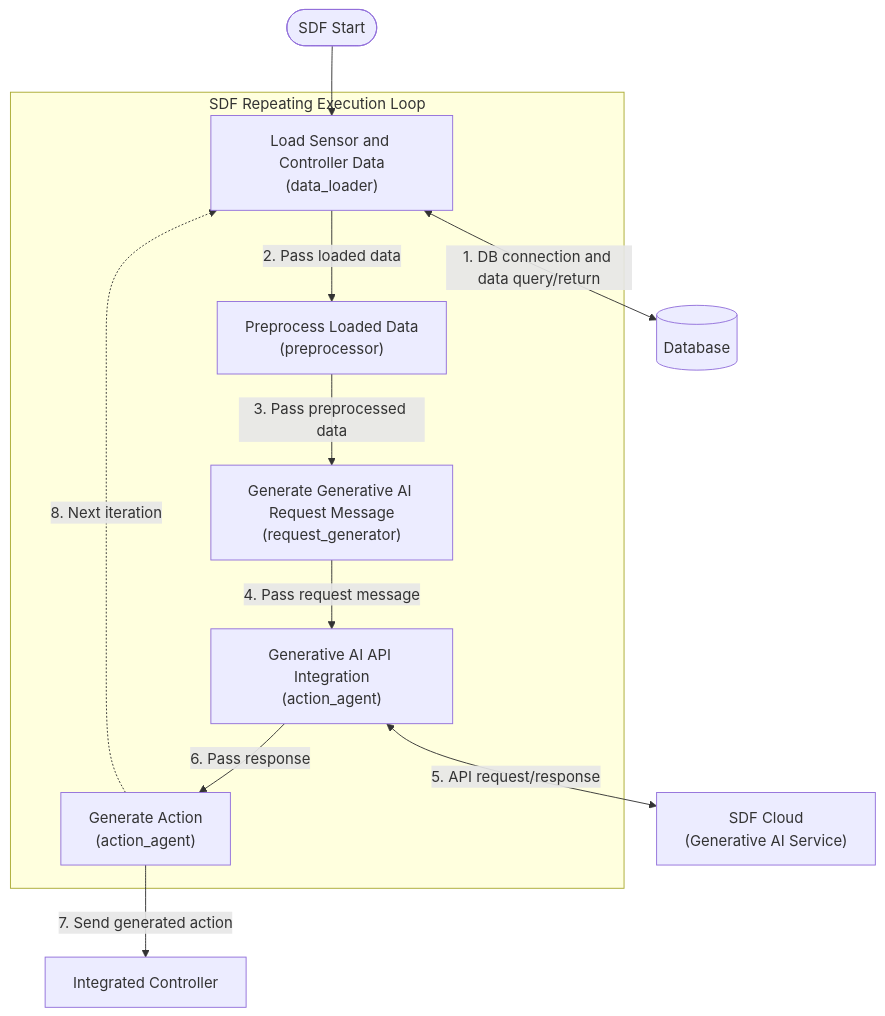
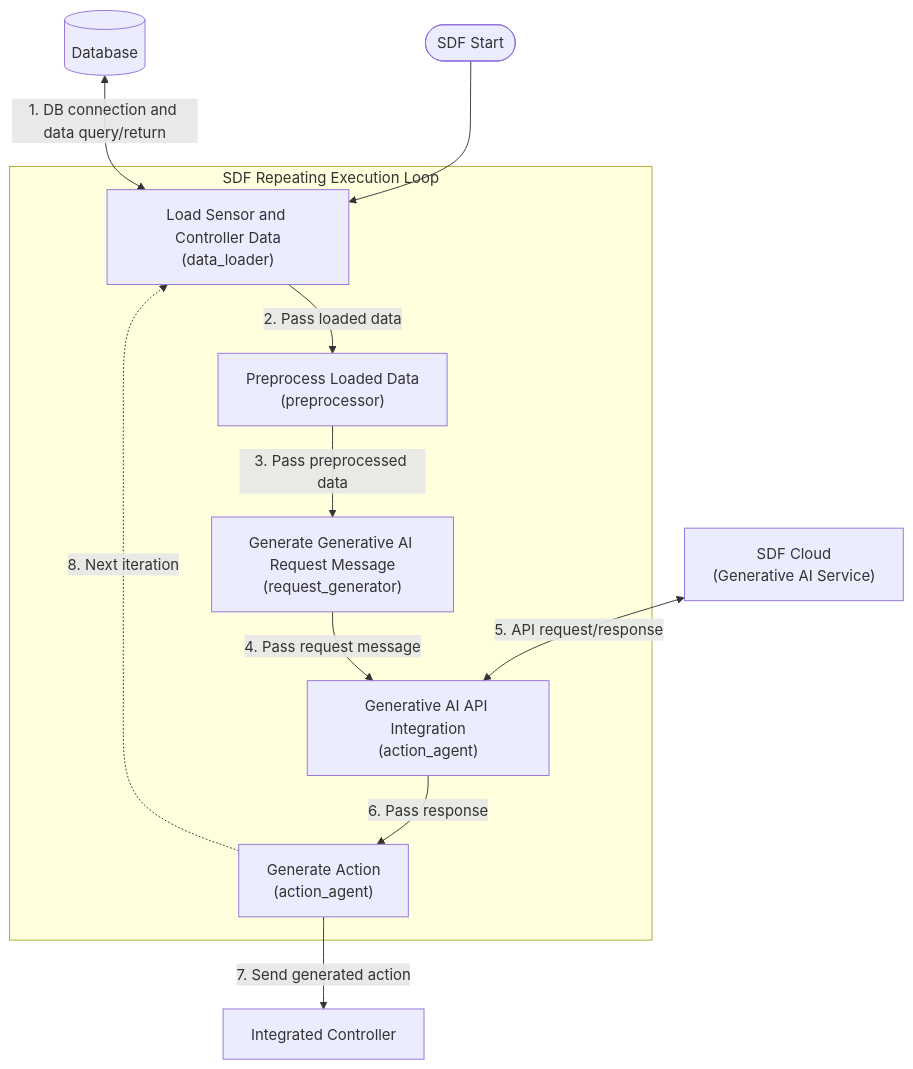
The diagram in Field_Test/SDF/README.md (ML-TANGO/TANGO2), drawn with Mermaid before and after one commit.

Commit message:
Adjust diagram layout

````diff
--- a/Field_Test/SDF/README.md
+++ b/Field_Test/SDF/README.md
@@ -78,26 +78,26 @@
 ```mermaid
 flowchart TD
     Start([SDF Start]) --> A
 
     DB[("Database")]
     Cloud["SDF Cloud<br/>(Generative AI Service)"]
     Ctrl["Integrated Controller"]
 
     subgraph SDF["SDF Repeating Execution Loop"]
         A["Load Sensor and Controller Data<br/>(data_loader)"]
         B["Preprocess Loaded Data<br/>(preprocessor)"]
         C["Generate Generative AI Request Message<br/>(request_generator)"]
         D["Generative AI API Integration<br/>(action_agent)"]
         E["Generate Action<br/>(action_agent)"]
 
         A -- "2. Pass loaded data" --> B
         B -- "3. Pass preprocessed data" --> C
         C -- "4. Pass request message" --> D
         D -- "6. Pass response" --> E
         E -. "8. Next iteration" .-> A
     end
 
-    A <-- "1. DB connection and data query/return" --> DB
-    D <-- "5. API request/response" --> Cloud
+    DB <-- "1. DB connection and data query/return" --> A
+    Cloud <-- "5. API request/response" --> D
     E -- "7. Send generated action" --> Ctrl
 ```
````
